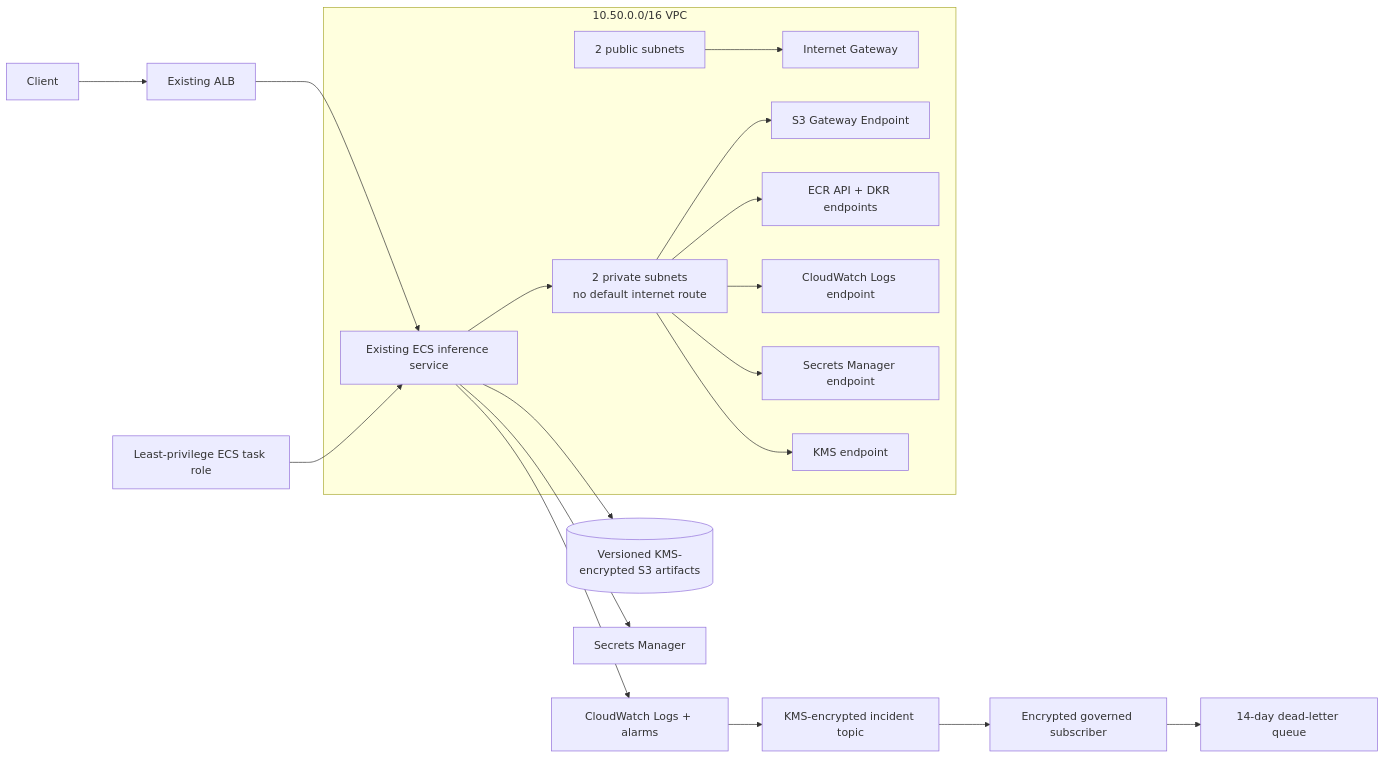
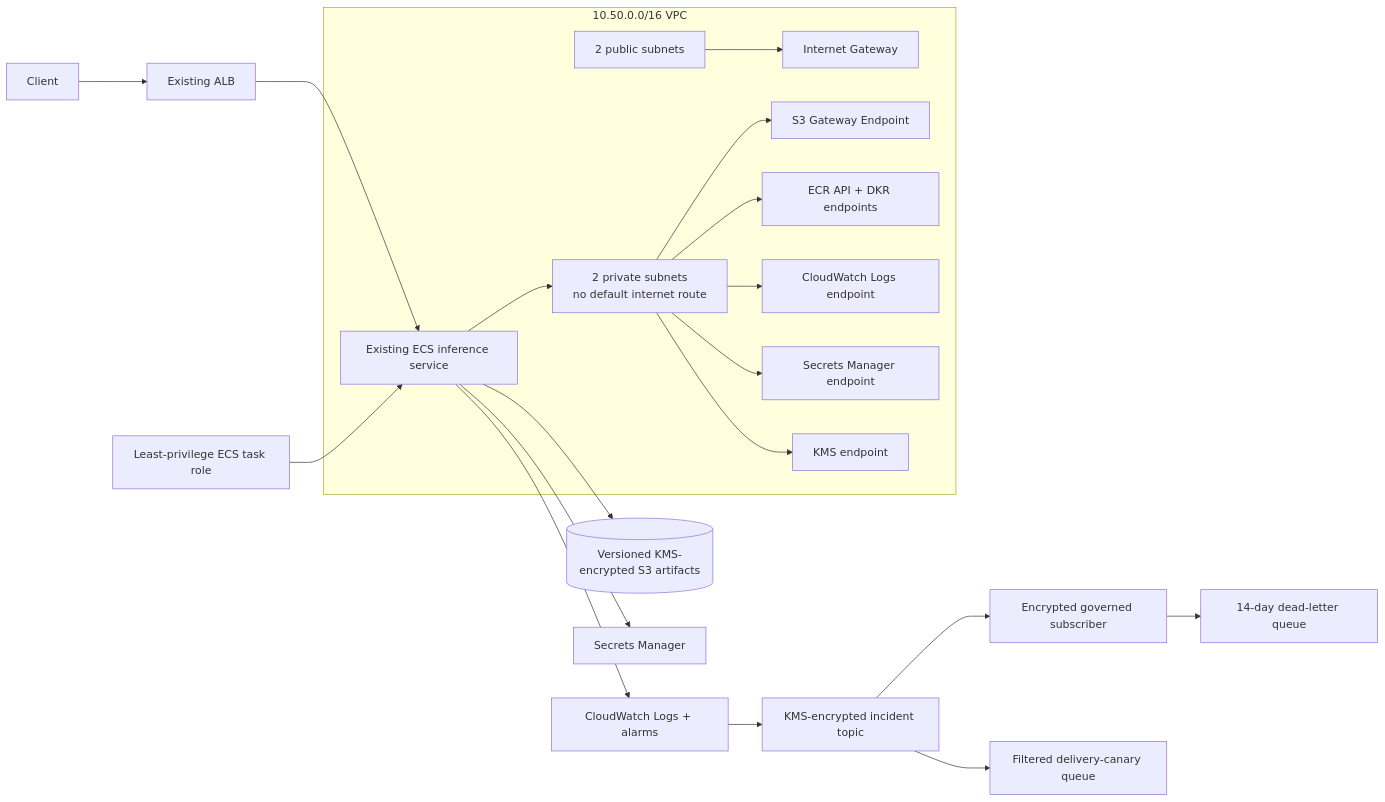
The diagram in README.md (cagataykavas/aws-ml-platform), drawn with Mermaid before and after one commit. The commit also changed other lines of this file and 9 other files, not shown here.

Commit message:
feat: add isolated incident delivery canary

````diff
--- a/README.md
+++ b/README.md
@@ -9,25 +9,26 @@
 ```mermaid
 flowchart LR
     CLIENT[Client] --> ALB[Existing ALB]
     ALB --> ECS[Existing ECS inference service]
 
     subgraph VPC[10.50.0.0/16 VPC]
         PUB[2 public subnets]
         PRIV[2 private subnets\nno default internet route]
         ECS --> PRIV
         PUB --> IGW[Internet Gateway]
         PRIV --> S3EP[S3 Gateway Endpoint]
         PRIV --> ECR[ECR API + DKR endpoints]
         PRIV --> LOGS[CloudWatch Logs endpoint]
         PRIV --> SECRETS[Secrets Manager endpoint]
         PRIV --> KMS[KMS endpoint]
     end
 
     ECS --> S3[(Versioned KMS-encrypted S3 artifacts)]
     ECS --> SM[Secrets Manager]
     ECS --> CW[CloudWatch Logs + alarms]
     CW --> SNS[KMS-encrypted incident topic]
     SNS --> SQS[Encrypted governed subscriber]
     SQS --> DLQ[14-day dead-letter queue]
+    SNS --> CANARY[Filtered delivery-canary queue]
     IAM[Least-privilege ECS task role] --> ECS
 ```
````
